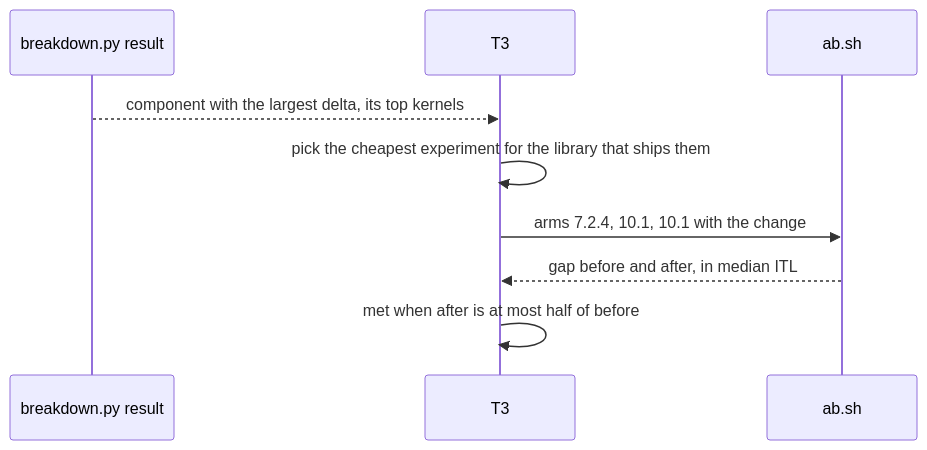
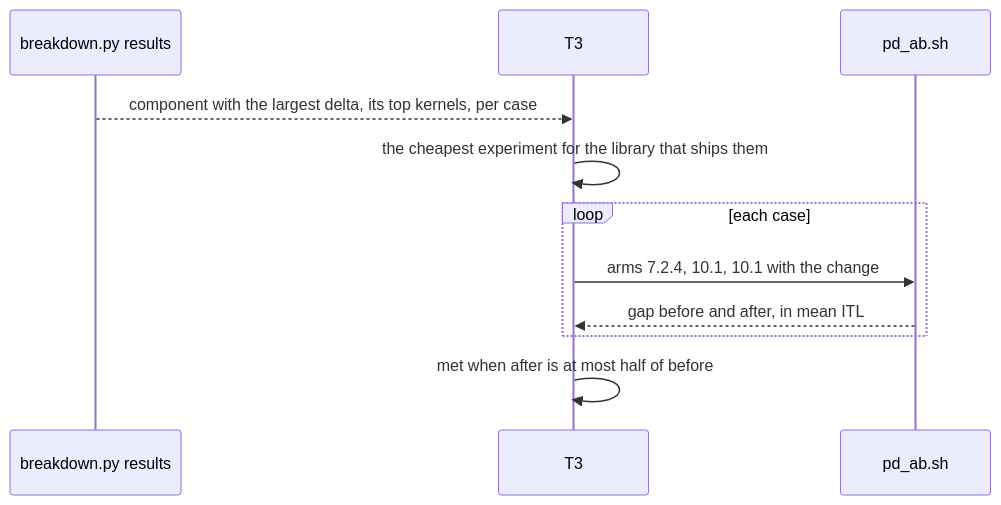
Before and after one commit to junyyang-amd/ATOM: the third of 3 diagrams in docs/kimi_k3_rocm10_tpot.md, drawn with Mermaid. The commit also changed other lines of this file and 1 other file, not shown here.

````diff
--- a/docs/kimi_k3_rocm10_tpot.md
+++ b/docs/kimi_k3_rocm10_tpot.md
@@ -68,11 +78,13 @@
 ```mermaid
 sequenceDiagram
-    participant K as breakdown.py result
+    participant K as breakdown.py results
     participant T as T3
-    participant R as ab.sh
-    K-->>T: component with the largest delta, its top kernels
-    T->>T: pick the cheapest experiment for the library that ships them
-    T->>R: arms 7.2.4, 10.1, 10.1 with the change
-    R-->>T: gap before and after, in median ITL
+    participant L as pd_ab.sh
+    K-->>T: component with the largest delta, its top kernels, per case
+    T->>T: the cheapest experiment for the library that ships them
+    loop each case
+        T->>L: arms 7.2.4, 10.1, 10.1 with the change
+        L-->>T: gap before and after, in mean ITL
+    end
     T->>T: met when after is at most half of before
 ```
````
